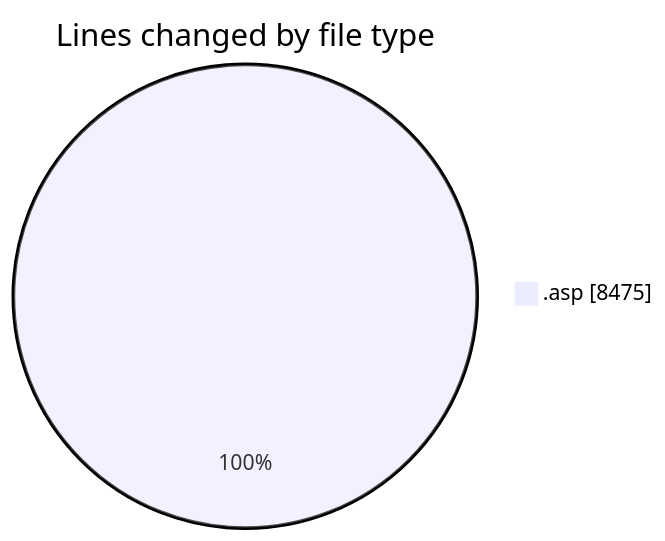
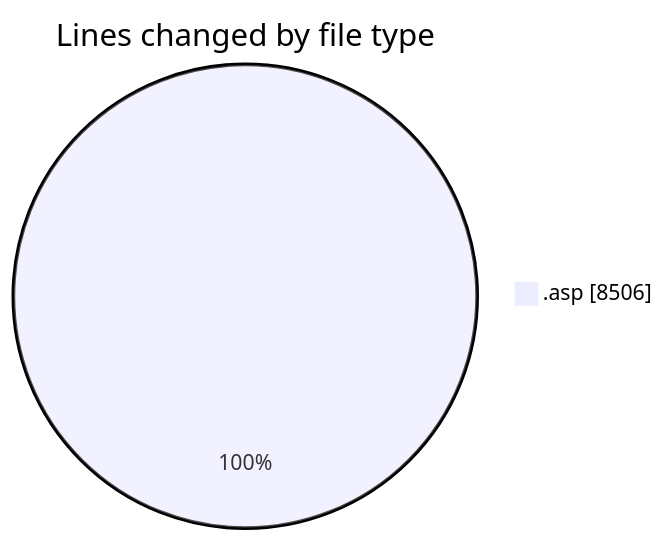
The first of 2 diagrams in 2025-11-04/cdp_aleoudev_fr__workspace_/README.md (julien-gomy/code-tracking), drawn with Mermaid before and after one commit. The commit also changed other lines of this file and 1 other file, not shown here.

````diff
--- a/2025-11-04/cdp_aleoudev_fr__workspace_/README.md
+++ b/2025-11-04/cdp_aleoudev_fr__workspace_/README.md
@@ -23,5 +23,5 @@
 ```mermaid
 pie showData
 title Lines changed by file type
-".asp" : 8475
+".asp" : 8506
 ```
````
